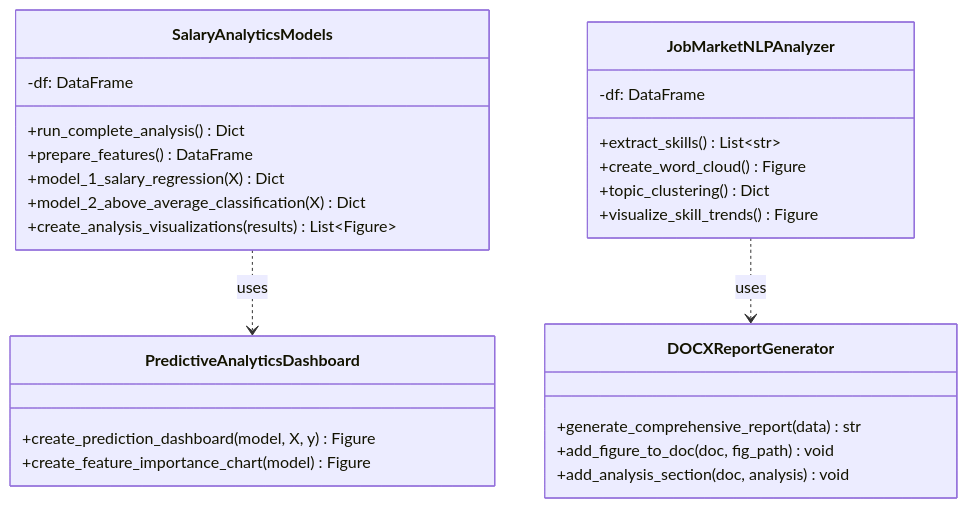
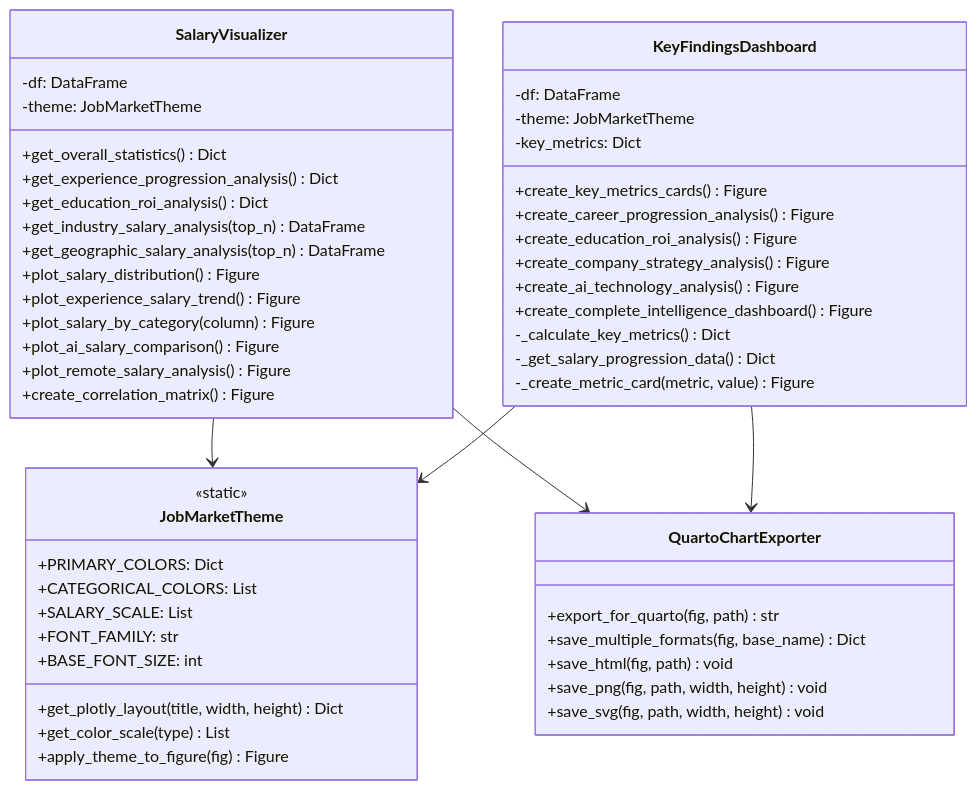
The ninth of 11 diagrams in ARCHITECTURE.md (samarthya/ad688-scratch), drawn with Mermaid before and after one commit. The commit also changed other lines of this file and 5 other files, not shown here.

````diff
--- a/ARCHITECTURE.md
+++ b/ARCHITECTURE.md
@@ -276,33 +483,58 @@
 ```mermaid
 classDiagram
-    class SalaryAnalyticsModels {
+    class SalaryVisualizer {
         -df: DataFrame
-        +run_complete_analysis() Dict
-        +prepare_features() DataFrame
-        +model_1_salary_regression(X) Dict
-        +model_2_above_average_classification(X) Dict
-        +create_analysis_visualizations(results) List~Figure~
+        -theme: JobMarketTheme
+        +get_overall_statistics() Dict
+        +get_experience_progression_analysis() Dict
+        +get_education_roi_analysis() Dict
+        +get_industry_salary_analysis(top_n) DataFrame
+        +get_geographic_salary_analysis(top_n) DataFrame
+        +plot_salary_distribution() Figure
+        +plot_experience_salary_trend() Figure
+        +plot_salary_by_category(column) Figure
+        +plot_ai_salary_comparison() Figure
+        +plot_remote_salary_analysis() Figure
+        +create_correlation_matrix() Figure
     }
 
-    class JobMarketNLPAnalyzer {
+    class KeyFindingsDashboard {
         -df: DataFrame
-        +extract_skills() List~str~
-        +create_word_cloud() Figure
-        +topic_clustering() Dict
-        +visualize_skill_trends() Figure
+        -theme: JobMarketTheme
+        -key_metrics: Dict
+        +create_key_metrics_cards() Figure
+        +create_career_progression_analysis() Figure
+        +create_education_roi_analysis() Figure
+        +create_company_strategy_analysis() Figure
+        +create_ai_technology_analysis() Figure
+        +create_complete_intelligence_dashboard() Figure
+        -_calculate_key_metrics() Dict
+        -_get_salary_progression_data() Dict
+        -_create_metric_card(metric, value) Figure
     }
 
-    class PredictiveAnalyticsDashboard {
-        +create_prediction_dashboard(model, X, y) Figure
-        +create_feature_importance_chart(model) Figure
+    class JobMarketTheme {
+        <<static>>
+        +PRIMARY_COLORS: Dict
+        +CATEGORICAL_COLORS: List
+        +SALARY_SCALE: List
+        +FONT_FAMILY: str
+        +BASE_FONT_SIZE: int
+        +get_plotly_layout(title, width, height) Dict
+        +get_color_scale(type) List
+        +apply_theme_to_figure(fig) Figure
     }
 
-    class DOCXReportGenerator {
-        +generate_comprehensive_report(data) str
-        +add_figure_to_doc(doc, fig_path) void
-        +add_analysis_section(doc, analysis) void
+    class QuartoChartExporter {
+        +export_for_quarto(fig, path) str
+        +save_multiple_formats(fig, base_name) Dict
+        +save_html(fig, path) void
+        +save_png(fig, path, width, height) void
+        +save_svg(fig, path, width, height) void
     }
 
-    SalaryAnalyticsModels ..> PredictiveAnalyticsDashboard : uses
-    JobMarketNLPAnalyzer ..> DOCXReportGenerator : uses
+    SalaryVisualizer --> JobMarketTheme
+    KeyFindingsDashboard --> JobMarketTheme
+    SalaryVisualizer --> QuartoChartExporter
+    KeyFindingsDashboard --> QuartoChartExporter
 ```
````
